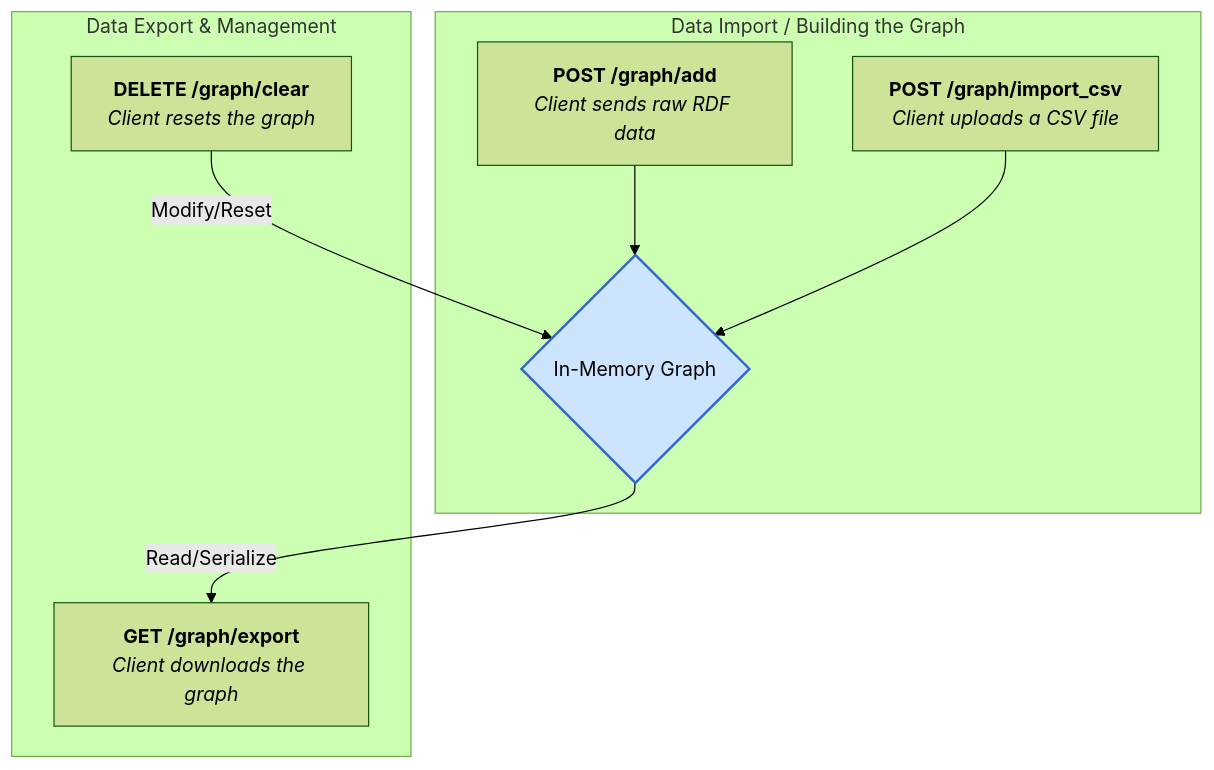
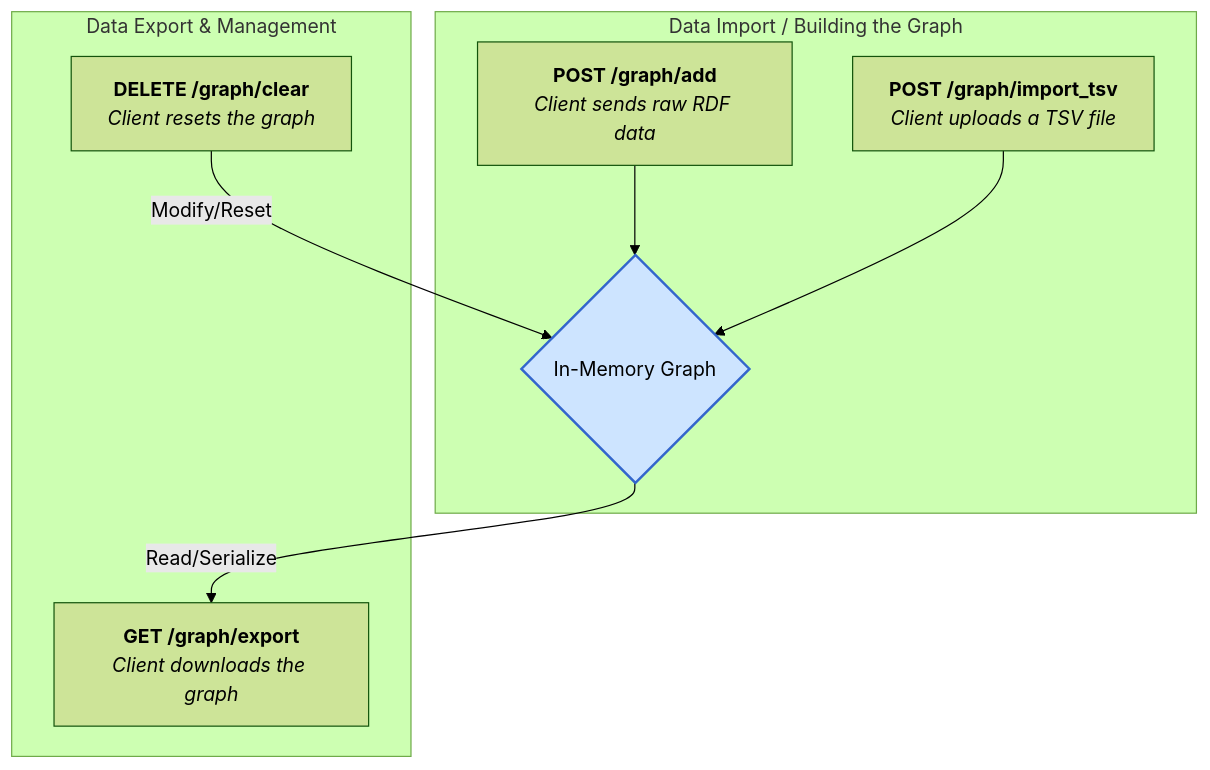
Before and after one commit to sdsc-ordes/mava-api: the diagram in docs/mkdocs/concepts.md, drawn with Mermaid (forest theme). The commit also changed other lines of this file and 4 other files, not shown here.

````diff
--- a/docs/mkdocs/concepts.md
+++ b/docs/mkdocs/concepts.md
@@ -5,14 +5,14 @@
 ```mermaid
 graph TD
     subgraph "Data Import / Building the Graph"
         A[<b>POST /graph/add</b><br/><i>Client sends raw RDF data</i>] --> C{In-Memory Graph};
-        B[<b>POST /graph/import_csv</b><br/><i>Client uploads a CSV file</i>] --> C{In-Memory Graph};
+        B[<b>POST /graph/import_tsv</b><br/><i>Client uploads a TSV file</i>] --> C{In-Memory Graph};
     end
 
     subgraph "Data Export & Management"
         C -- "Read/Serialize" --> D[<b>GET /graph/export</b><br/><i>Client downloads the graph</i>];
         E[<b>DELETE /graph/clear</b><br/><i>Client resets the graph</i>] -- "Modify/Reset" --> C;
     end
 
     style C fill:#cde4ff,stroke:#36c,stroke-width:2px;
 ```
````
